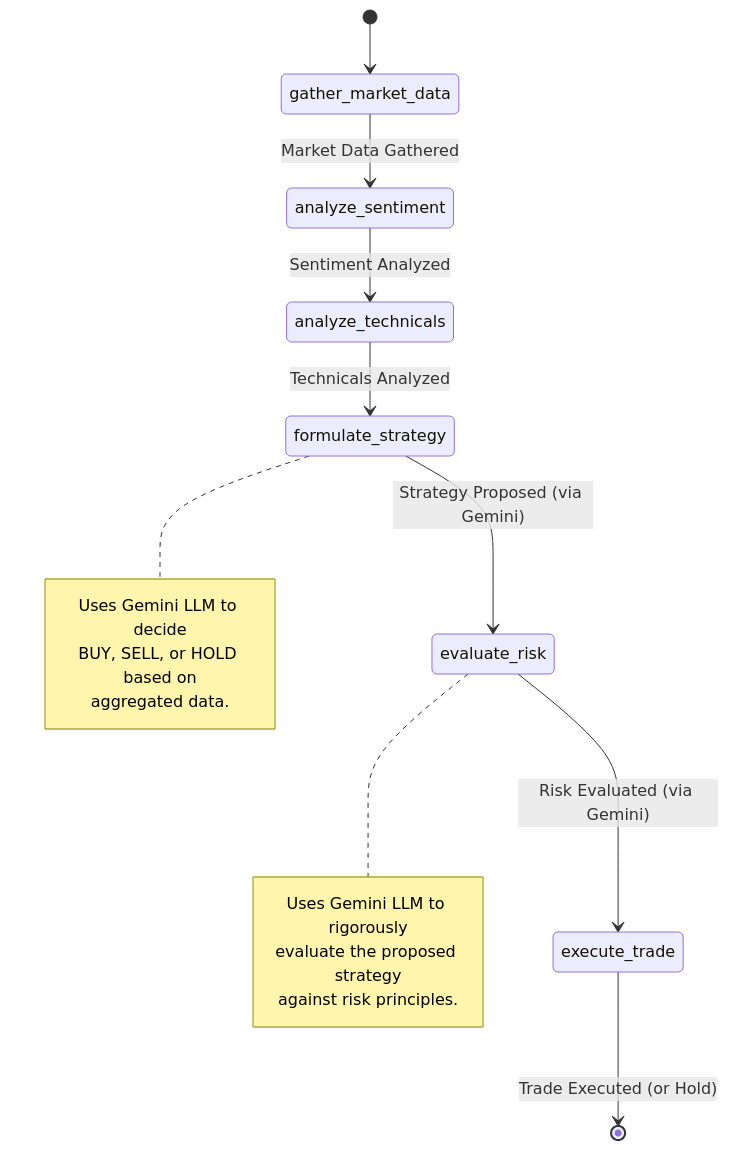
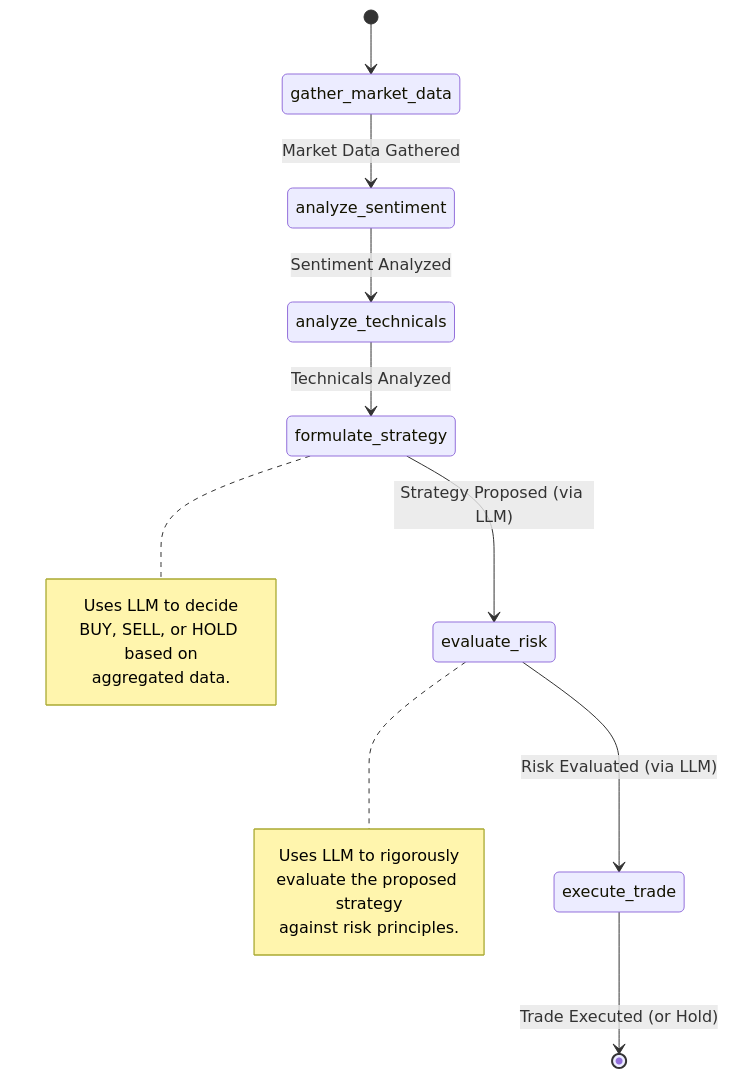
One commit to singh-abhijeet/multi-agent-crypto-trader changed the second of 2 diagrams in README.md. Above: the diagram before and after it, drawn with Mermaid. The commit also changed other lines of this file, not shown here.

````diff
--- a/README.md
+++ b/README.md
@@ -78,25 +78,25 @@
 ```mermaid
 stateDiagram-v2
     [*] --> gather_market_data
     
     gather_market_data --> analyze_sentiment: Market Data Gathered
     analyze_sentiment --> analyze_technicals: Sentiment Analyzed
     analyze_technicals --> formulate_strategy: Technicals Analyzed
     
-    formulate_strategy --> evaluate_risk: Strategy Proposed (via Gemini)
-    evaluate_risk --> execute_trade: Risk Evaluated (via Gemini)
+    formulate_strategy --> evaluate_risk: Strategy Proposed (via LLM)
+    evaluate_risk --> execute_trade: Risk Evaluated (via LLM)
     
     execute_trade --> [*]: Trade Executed (or Hold)
     
     note right of formulate_strategy
-        Uses Gemini LLM to decide
+        Uses LLM to decide
         BUY, SELL, or HOLD based on
         aggregated data.
     end note
     
     note right of evaluate_risk
-        Uses Gemini LLM to rigorously
+        Uses LLM to rigorously
         evaluate the proposed strategy
         against risk principles.
     end note
 ```
````
